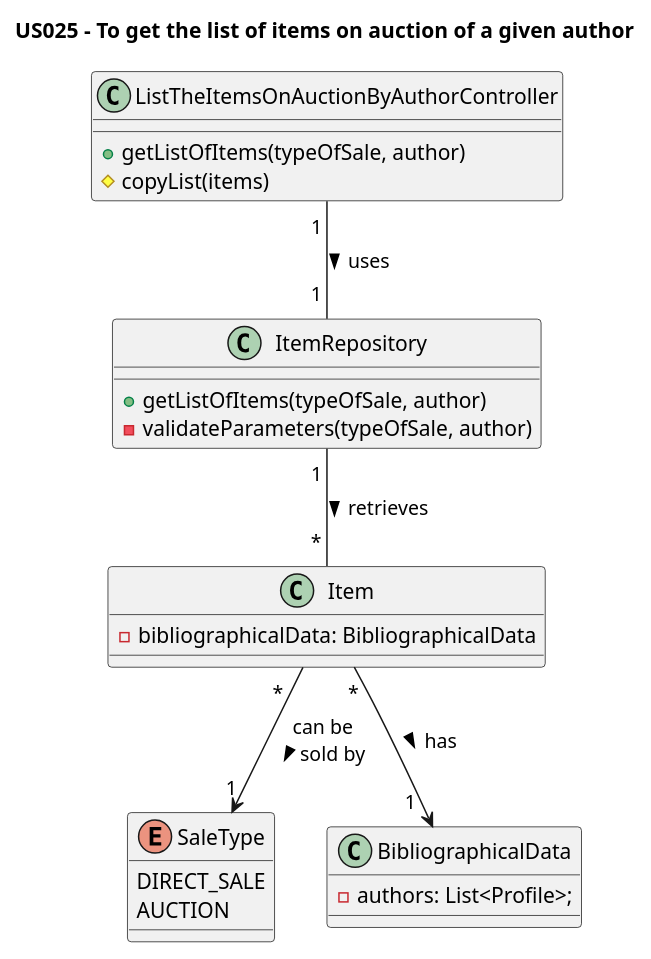
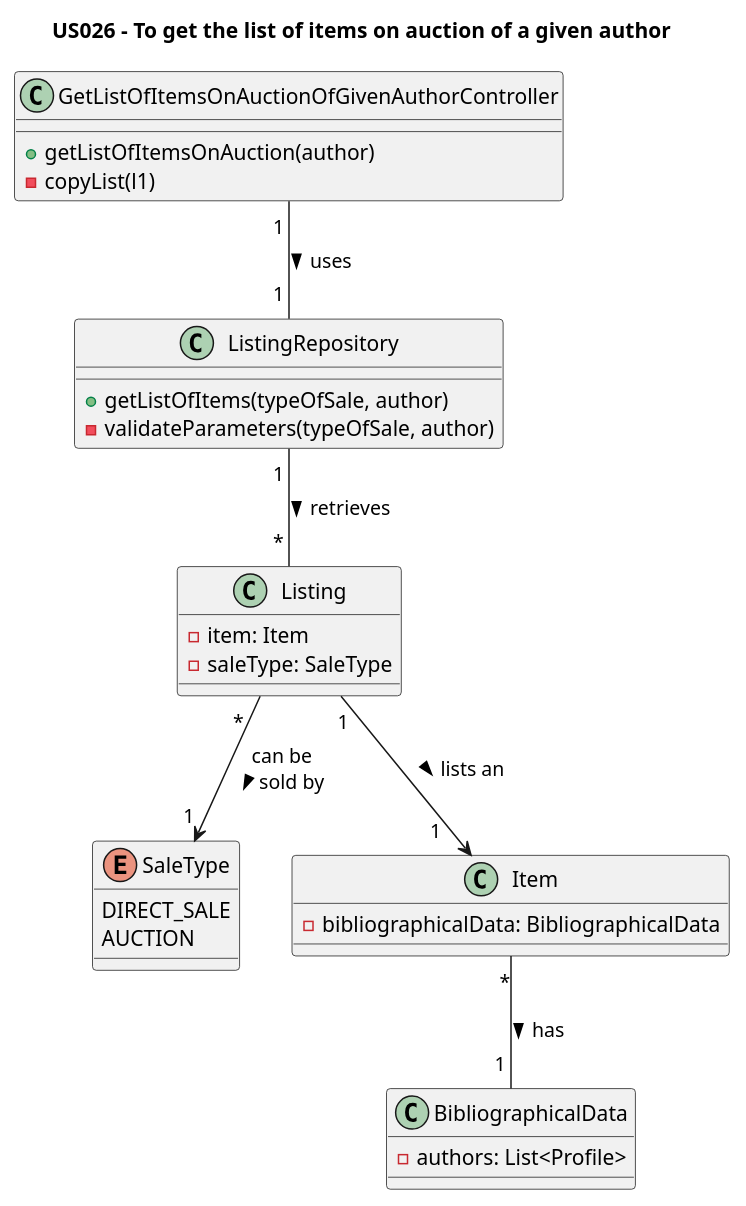
The diagram in Diagrams/ClassDiagrams/US026-to-get-the-list-of-items-on-auction-of-a-given-author.puml (AndrePereiraGitH/SWitCH-Project-Team_A), drawn with PlantUML before and after one commit. The commit also changed 5 other files, not shown here.

```diff
--- a/Diagrams/ClassDiagrams/US026-to-get-the-list-of-items-on-auction-of-a-given-author.puml
+++ b/Diagrams/ClassDiagrams/US026-to-get-the-list-of-items-on-auction-of-a-given-author.puml
@@ -1,35 +1,40 @@
 @startuml
-title US025 - To get the list of items on auction of a given author
+title US026 - To get the list of items on auction of a given author
 
-class ListTheItemsOnAuctionByAuthorController {
-  +getListOfItems(typeOfSale, author)
-  #copyList(items)
+class GetListOfItemsOnAuctionOfGivenAuthorController {
+  +getListOfItemsOnAuction(author)
+  -copyList(l1)
 }
 
-class ItemRepository {
+class ListingRepository {
   +getListOfItems(typeOfSale, author)
-  ' -convertStringToEnum(typeOfSale, author)
   -validateParameters(typeOfSale, author)
 }
 
-class Item {
-  - bibliographicalData: BibliographicalData
+class Listing {
+  - item: Item
+  - saleType: SaleType
 }
 
 enum SaleType {
     DIRECT_SALE
     AUCTION
 }
 
+class Item {
+    - bibliographicalData: BibliographicalData
+}
+
 class BibliographicalData {
-    - authors: List<Profile>;
-}
+    - authors: List<Profile>
+    }
 
 ' Interactions
 
-ListTheItemsOnAuctionByAuthorController  "1 " -- "1 " ItemRepository : uses >
-ItemRepository "1 " -- " * " Item : retrieves >
-Item "                                *" --> "1" SaleType : can be\nsold by >
-Item "*"--> "1  " BibliographicalData : has >
+GetListOfItemsOnAuctionOfGivenAuthorController  "1 " -- "1 " ListingRepository : uses >
+ListingRepository "1 " -- " * " Listing : retrieves >
+Listing "                                *" --> "1 " SaleType : can be\nsold by >
+Listing "1"--> "1    " Item : lists an >
+Item "*" -- "1 " BibliographicalData: has >
 
 @enduml
```
